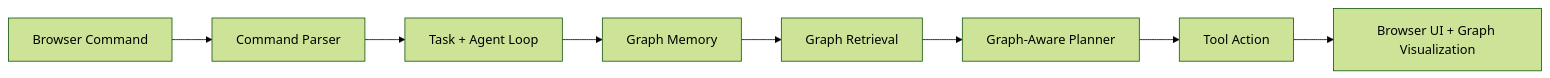
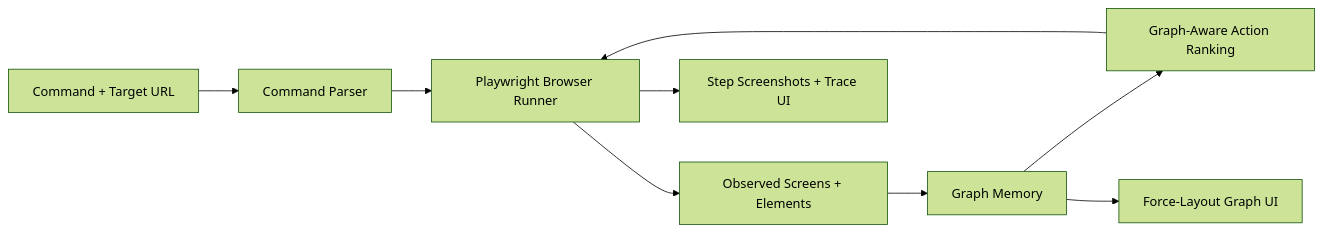
Before and after one commit to sahil1402/Graph_Rag_Agent: the diagram in README.md, drawn with Mermaid (forest theme). The commit also changed other lines of this file and 50 other files, not shown here.

First line of the commit message:
Add Playwright browser runner and demo UI

````diff
--- a/README.md
+++ b/README.md
@@ -33,10 +36,11 @@
 ```mermaid
 flowchart LR
-    A["Browser Command"] --> B["Command Parser"]
-    B --> C["Task + Agent Loop"]
-    C --> D["Graph Memory"]
-    D --> E["Graph Retrieval"]
-    E --> F["Graph-Aware Planner"]
-    F --> G["Tool Action"]
-    G --> H["Browser UI + Graph Visualization"]
+    A["Command + Target URL"] --> B["Command Parser"]
+    B --> C["Playwright Browser Runner"]
+    C --> D["Observed Screens + Elements"]
+    D --> E["Graph Memory"]
+    E --> F["Graph-Aware Action Ranking"]
+    F --> C
+    E --> G["Force-Layout Graph UI"]
+    C --> H["Step Screenshots + Trace UI"]
 ```
````
